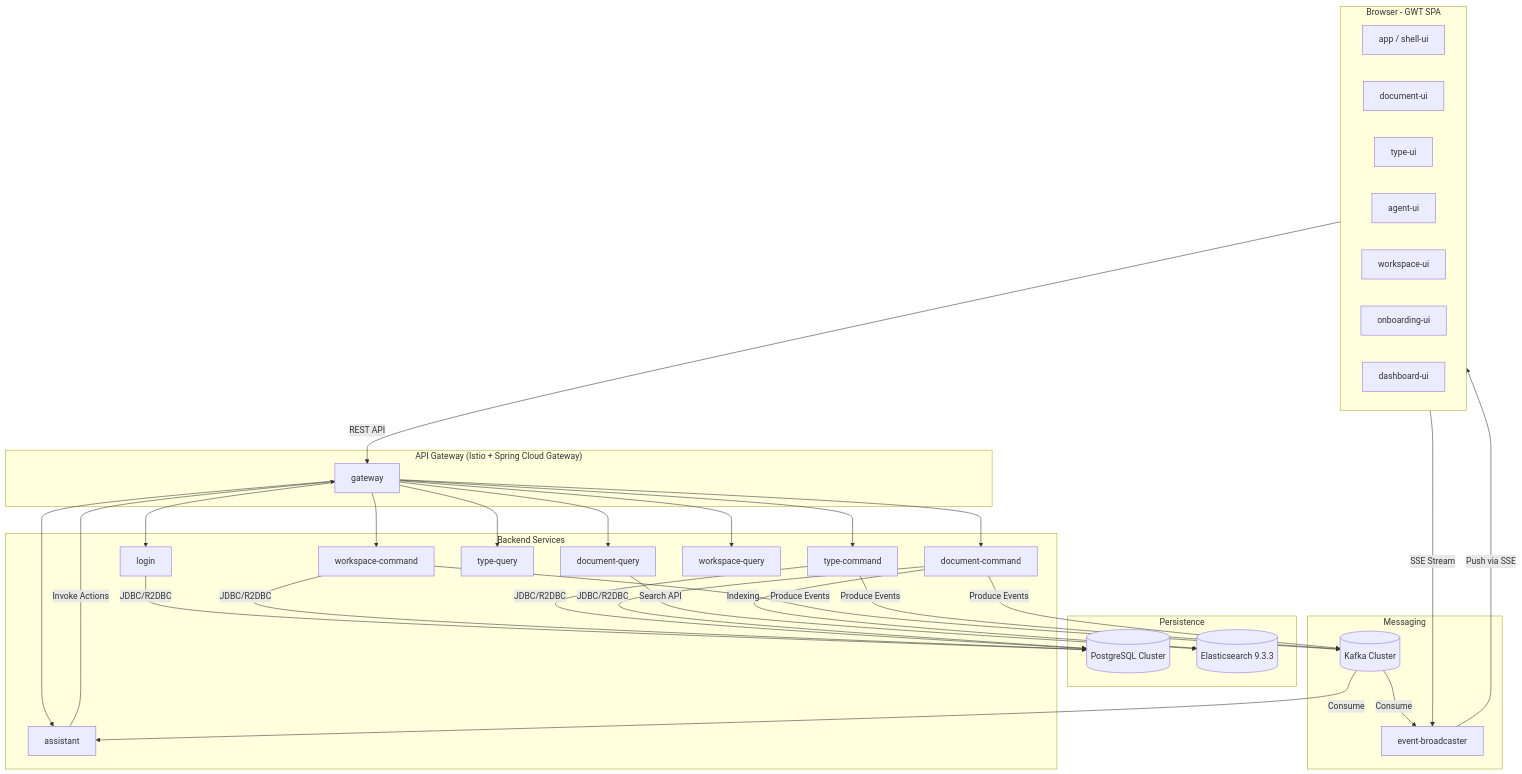
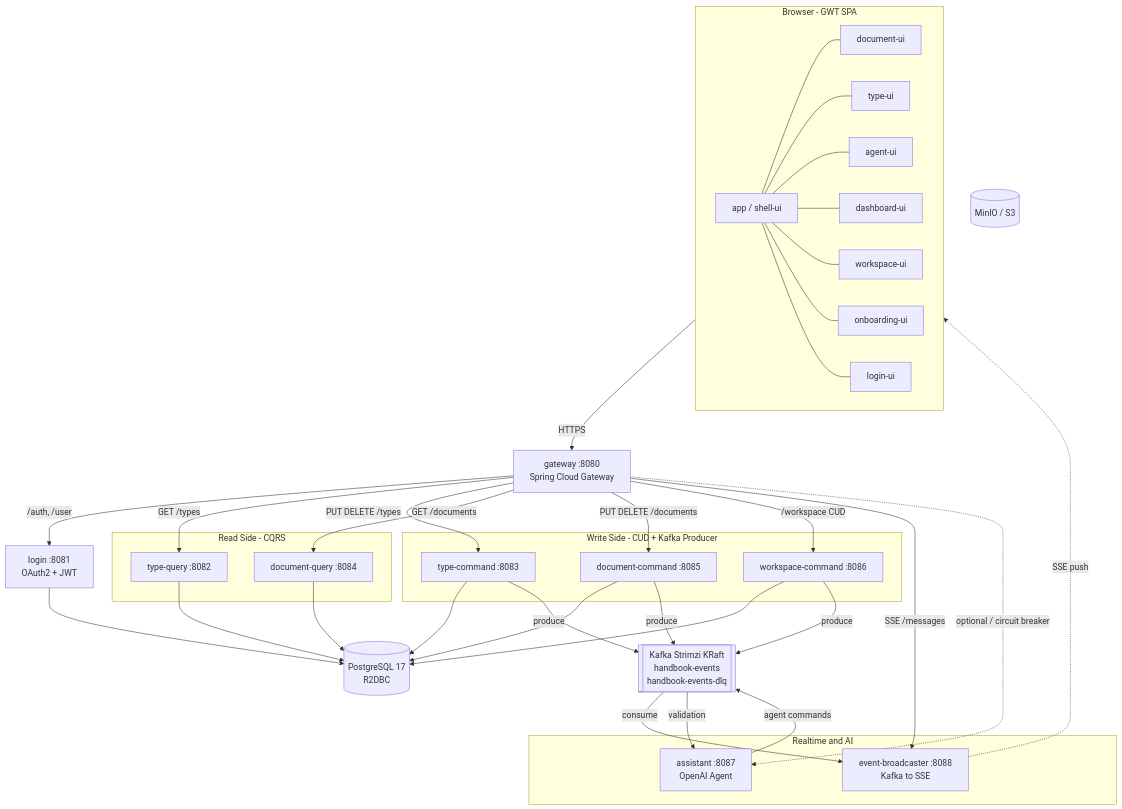
One commit to sayaya1090/handbook changed the diagram in docs/system-overview.md. Above: the diagram before and after it, drawn with Mermaid. The commit also changed other lines of this file and 3 other files, not shown here.

````diff
--- a/docs/system-overview.md
+++ b/docs/system-overview.md
@@ -7,57 +7,72 @@
 ```mermaid
 flowchart TB
     subgraph Client ["Browser - GWT SPA"]
         APP[app / shell-ui]
         DOC_UI[document-ui]
         TYPE_UI[type-ui]
         AGENT_UI[agent-ui]
+        DASH[dashboard-ui]
         WS_UI[workspace-ui]
-        ONB_UI[onboarding-ui]
-        DASH_UI[dashboard-ui]
+        ONBOARD_UI[onboarding-ui]
+        LOGIN_UI[login-ui]
+        APP --- DOC_UI
+        APP --- TYPE_UI
+        APP --- AGENT_UI
+        APP --- DASH
+        APP --- WS_UI
+        APP --- ONBOARD_UI
+        APP --- LOGIN_UI
     end
 
-    subgraph "API Gateway (Istio + Spring Cloud Gateway)"
-        GW[gateway]
+    GW[gateway :8080<br/>Spring Cloud Gateway]
+
+    Client -->|HTTPS| GW
+
+    LOGIN[login :8081<br/>OAuth2 + JWT]
+
+    subgraph Write ["Write Side - CUD + Kafka Producer"]
+        P_TYPE[type-command :8083]
+        P_DOC[document-command :8085]
+        P_WS[workspace-command :8086]
     end
 
-    subgraph "Messaging"
-        Kafka[(Kafka Cluster)]
-        EB[event-broadcaster]
+    subgraph Read ["Read Side - CQRS"]
+        S_TYPE[type-query :8082]
+        S_DOC[document-query :8084]
     end
 
-    subgraph "Persistence"
-        PG[(PostgreSQL Cluster)]
-        ES[(Elasticsearch 9.3.3)]
+    subgraph Realtime ["Realtime and AI"]
+        EB[event-broadcaster :8088<br/>Kafka to SSE]
+        ASSIST[assistant :8087<br/>OpenAI Agent]
     end
 
-    subgraph "Backend Services"
-        Login[login]
-        WSC[workspace-command]
-        TPC[type-command]
-        DOC[document-command]
-        TPQ[type-query]
-        DOQ[document-query]
-        WSQ[workspace-query]
-        AS[assistant]
-    end
+    GW -->|/auth, /user| LOGIN
+    GW -->|GET /types| S_TYPE
+    GW -->|PUT DELETE /types| P_TYPE
+    GW -->|GET /documents| S_DOC
+    GW -->|PUT DELETE /documents| P_DOC
+    GW -->|/workspace CUD| P_WS
+    GW -->|SSE /messages| EB
+    GW -.->|optional / circuit breaker| ASSIST
 
-    %% Client -> Gateway
-    Client -- "REST API" --> GW
-    Client -- "SSE Stream" --> EB
+    PG[(PostgreSQL 17<br/>R2DBC)]
+    KAFKA[[Kafka Strimzi KRaft<br/>handbook-events<br/>handbook-events-dlq]]
+    S3[(MinIO / S3)]
 
-    %% Gateway -> Backends
-    GW --> Login & WSC & TPC & DOC & TPQ & DOQ & WSQ & AS
+    LOGIN --> PG
+    P_TYPE --> PG
+    P_DOC --> PG
+    P_WS --> PG
+    S_TYPE --> PG
+    S_DOC --> PG
 
-    %% Backends -> DB/Cache
-    Login & WSC & TPC & DOC -- "JDBC/R2DBC" --> PG
-    DOQ -- "Search API" --> ES
-    DOC -- "Indexing" --> ES
+    P_TYPE -->|produce| KAFKA
+    P_DOC -->|produce| KAFKA
+    P_WS -->|produce| KAFKA
+    ASSIST -->|agent commands| KAFKA
 
-    %% Event Flow
-    WSC & TPC & DOC -- "Produce Events" --> Kafka
-    Kafka -- "Consume" --> EB & AS
-    EB -- "Push via SSE" --> Client
+    KAFKA -->|consume| EB
+    KAFKA -->|validation| ASSIST
 
-    %% Assistant -> API
-    AS -- "Invoke Actions" --> GW
+    EB -.->|SSE push| Client
 ```
````
